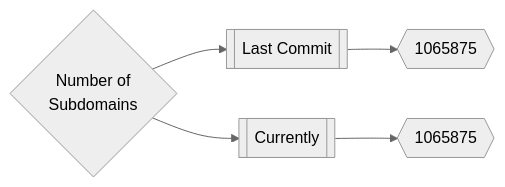
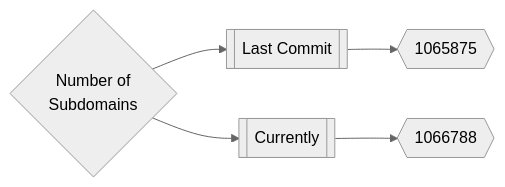
Before and after one commit to trickest/inventory: the first of 3 diagrams in README.md, drawn with Mermaid (neutral theme). The commit also changed other lines of this file, not shown here.

````diff
--- a/README.md
+++ b/README.md
@@ -165,5 +165,5 @@
 ```mermaid
 graph LR
 title{Number of<br>Subdomains} --> subdomainsDate1[[Last Commit]] --> subdomainsNum1{{1065875}}
-title --> subdomainsDate2[[Currently]] --> subdomainsNum2{{1065875}}
+title --> subdomainsDate2[[Currently]] --> subdomainsNum2{{1066788}}
 ```
````
